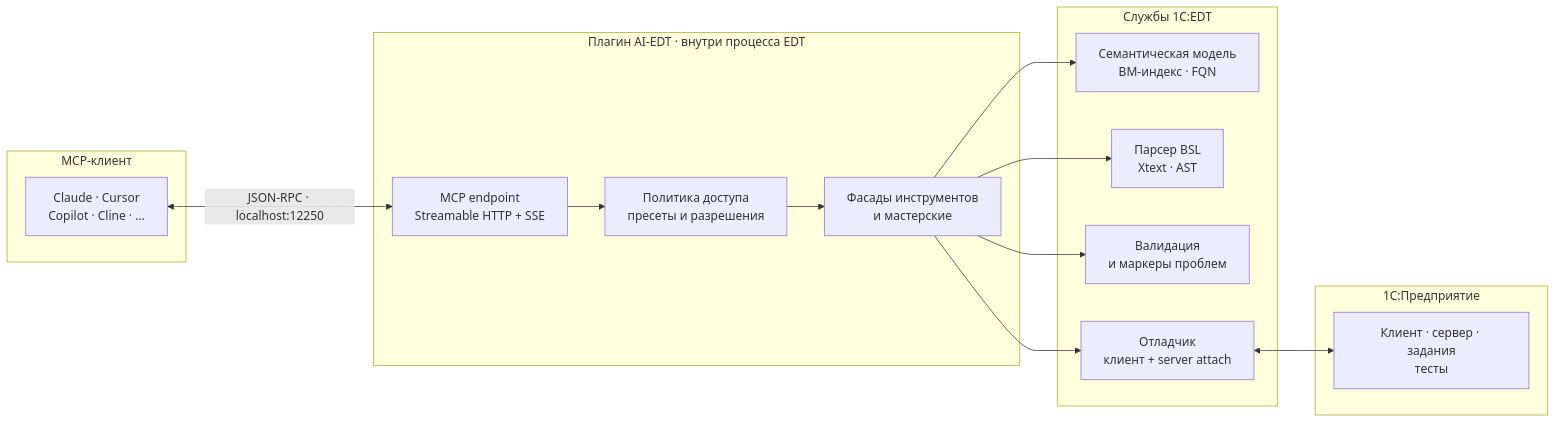
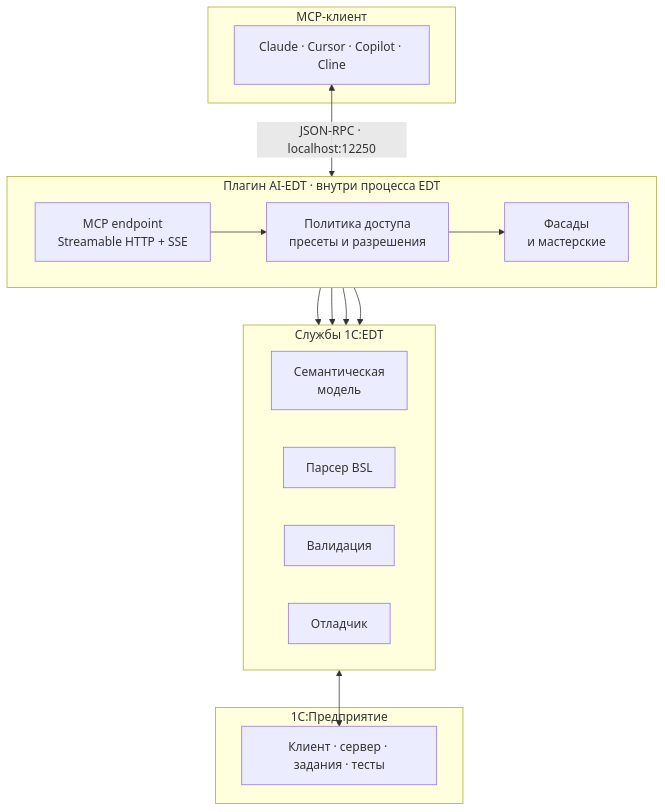
Before and after one commit to Desko77/ai-edt: the second of 2 diagrams in README.md, drawn with Mermaid. The commit also changed other lines of this file and 1 other file, not shown here.

Commit message:
Lay the diagrams out so GitHub can render them
Both flowcharts ran left to right and came out 2000 pixels wide. GitHub
gives a README about 830, so it scaled them down by a third, the labels
turned into specks and its own zoom controls covered the right-hand
nodes.

Measured with mermaid-cli and rebuilt vertically: 2349x286 becomes
586x1032 and 2027x548 becomes 886x958, both inside the column at natural
size. Two steps of the agent loop merged into one and the service boxes
lost a second line of detail that the prose underneath already carries.

````diff
--- a/README.md
+++ b/README.md
@@ -73,31 +72,26 @@
 ```mermaid
-flowchart LR
+flowchart TD
     subgraph Client["MCP-клиент"]
-        AI["Claude · Cursor<br/>Copilot · Cline · ..."]
+        AI["Claude · Cursor · Copilot · Cline"]
     end
-
     subgraph Plugin["Плагин AI-EDT · внутри процесса EDT"]
-        HTTP["MCP endpoint<br/>Streamable HTTP + SSE"]
-        TOOLS["Фасады инструментов<br/>и мастерские"]
-        GATE["Политика доступа<br/>пресеты и разрешения"]
-        HTTP --> GATE --> TOOLS
+        direction LR
+        HTTP["MCP endpoint<br/>Streamable HTTP + SSE"] --> GATE["Политика доступа<br/>пресеты и разрешения"] --> TOOLS["Фасады<br/>и мастерские"]
     end
-
     subgraph EDT["Службы 1C:EDT"]
-        BM["Семантическая модель<br/>BM-индекс · FQN"]
-        AST["Парсер BSL<br/>Xtext · AST"]
-        CHECKS["Валидация<br/>и маркеры проблем"]
-        DEBUG["Отладчик<br/>клиент + server attach"]
+        direction LR
+        BM["Семантическая<br/>модель"]
+        AST["Парсер BSL"]
+        CHECKS["Валидация"]
+        DEBUG["Отладчик"]
     end
-
     subgraph Runtime["1С:Предприятие"]
-        APP["Клиент · сервер · задания<br/>тесты"]
+        APP["Клиент · сервер · задания · тесты"]
     end
-
     AI <-->|"JSON-RPC · localhost:12250"| HTTP
     TOOLS --> BM
     TOOLS --> AST
     TOOLS --> CHECKS
     TOOLS --> DEBUG
     DEBUG <--> APP
 ```
````
